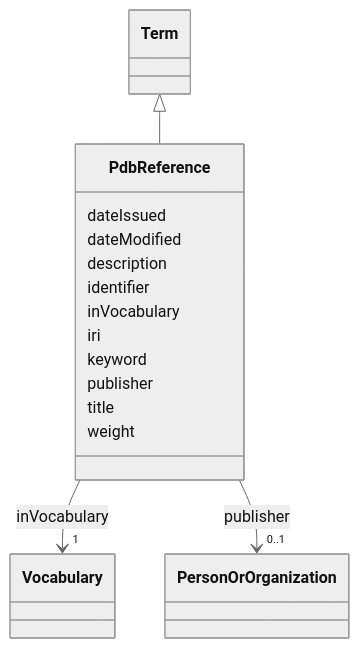
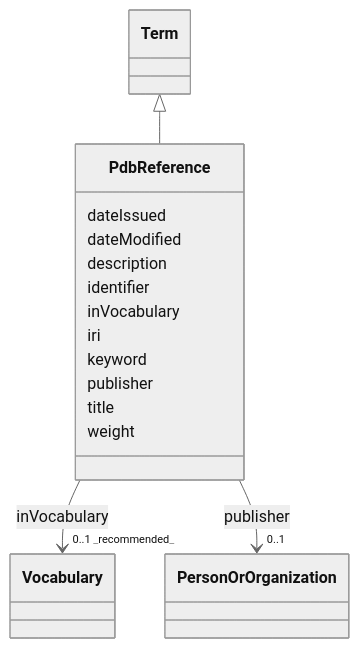
One commit to EVORA-project/evora-ontology changed the diagram in models/docs/PdbReference.md. Above: the diagram before and after it, drawn with Mermaid (neutral theme). The commit also changed other lines of this file and 307 other files, not shown here.

````diff
--- a/models/docs/PdbReference.md
+++ b/models/docs/PdbReference.md
@@ -19,43 +19,43 @@
 ```mermaid
  classDiagram
     class PdbReference
     click PdbReference href "../PdbReference"
       Term <|-- PdbReference
         click Term href "../Term"
       
       PdbReference : dateIssued
         
       PdbReference : dateModified
         
       PdbReference : description
         
       PdbReference : identifier
         
       PdbReference : inVocabulary
         
           
     
     
-    PdbReference --> "1" Vocabulary : inVocabulary
+    PdbReference --> "0..1 _recommended_" Vocabulary : inVocabulary
     click Vocabulary href "../Vocabulary"
 
         
       PdbReference : iri
         
       PdbReference : keyword
         
       PdbReference : publisher
         
           
     
     
     PdbReference --> "0..1" PersonOrOrganization : publisher
     click PersonOrOrganization href "../PersonOrOrganization"
 
         
       PdbReference : title
         
       PdbReference : weight
         
       
 ```
````
